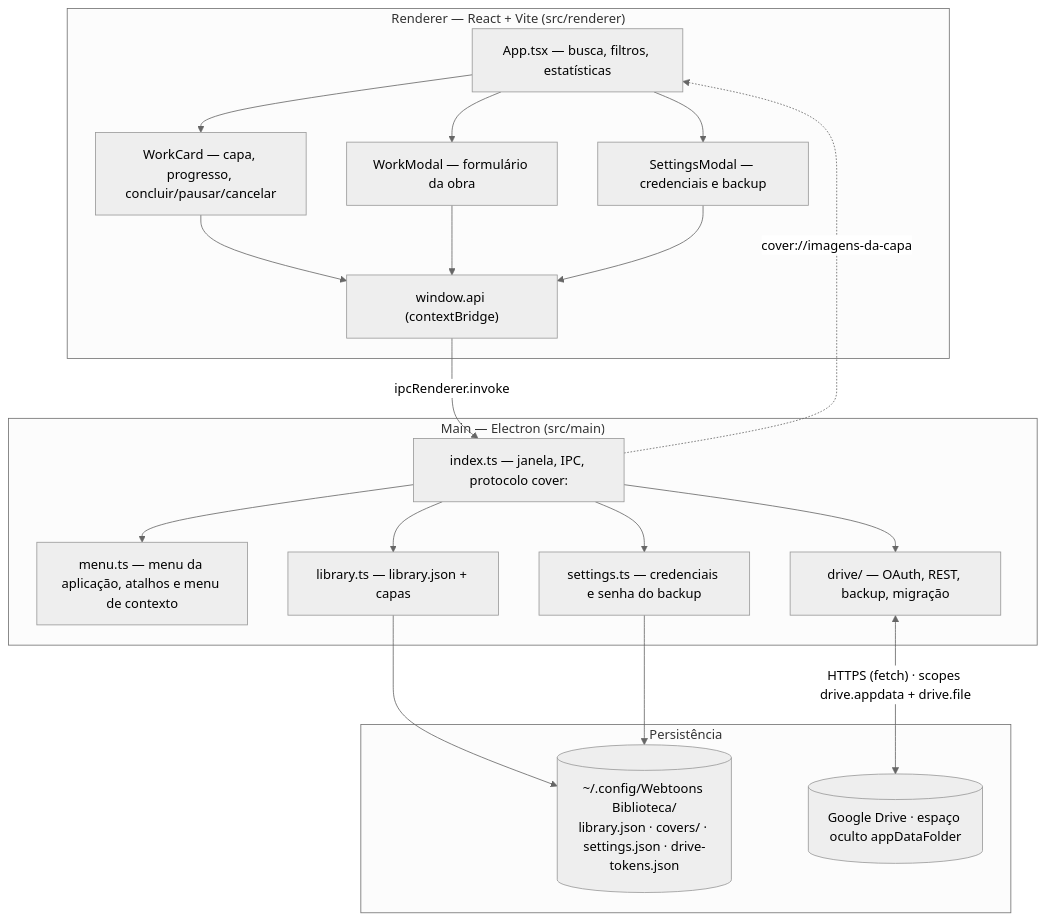
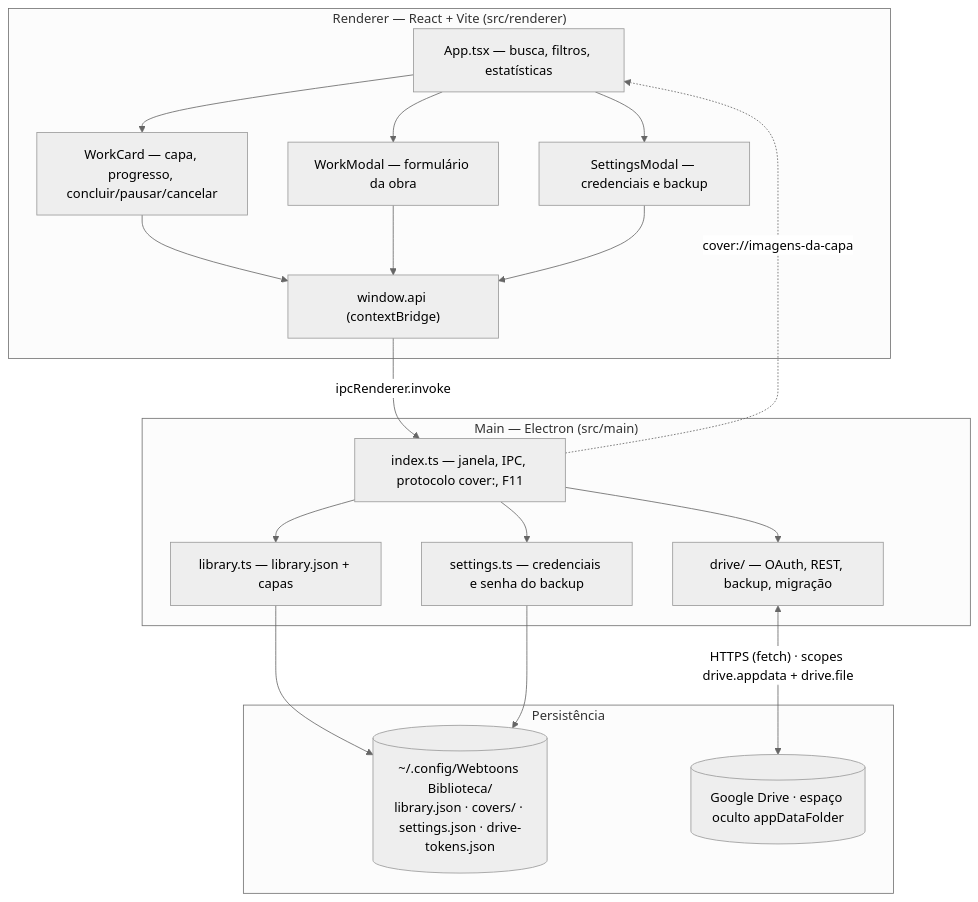
One commit to chronos-atalante/chronos-biblioteca changed the first of 5 diagrams in README.md. Above: the diagram before and after it, drawn with Mermaid (neutral theme). The commit also changed other lines of this file and 5 other files, not shown here.

````diff
--- a/README.md
+++ b/README.md
@@ -157,37 +156,35 @@
 ```mermaid
 flowchart TD
     subgraph RENDERER["Renderer — React + Vite (src/renderer)"]
         UI1["App.tsx — busca, filtros, estatísticas"]
         UI2["WorkCard — capa, progresso, concluir/pausar/cancelar"]
         UI3["WorkModal — formulário da obra"]
         UI4["SettingsModal — credenciais e backup"]
         BRIDGE["window.api (contextBridge)"]
         UI1 --> UI2
         UI1 --> UI3
         UI1 --> UI4
         UI2 --> BRIDGE
         UI3 --> BRIDGE
         UI4 --> BRIDGE
     end
 
     subgraph MAIN["Main — Electron (src/main)"]
-        IDX["index.ts — janela, IPC, protocolo cover:"]
-        MENU["menu.ts — menu da aplicação, atalhos e menu de contexto"]
+        IDX["index.ts — janela, IPC, protocolo cover:, F11"]
         LIB["library.ts — library.json + capas"]
         SET["settings.ts — credenciais e senha do backup"]
         DRV["drive/ — OAuth, REST, backup, migração"]
     end
 
     subgraph STORAGE["Persistência"]
         LOKAL[("~/.config/Webtoons Biblioteca/<br/>library.json · covers/ · settings.json · drive-tokens.json")]
         DRIVE[("Google Drive · espaço oculto appDataFolder")]
     end
 
     BRIDGE -->|"ipcRenderer.invoke"| IDX
-    IDX --> MENU
     IDX --> LIB --> LOKAL
     IDX --> SET --> LOKAL
     IDX --> DRV
     DRV <-->|"HTTPS (fetch) · scopes drive.appdata + drive.file"| DRIVE
     IDX -.->|"cover://imagens-da-capa"| UI1
 ```
````
